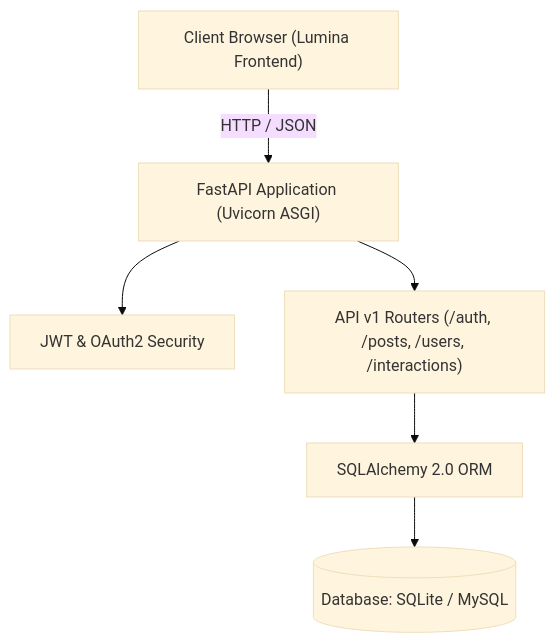
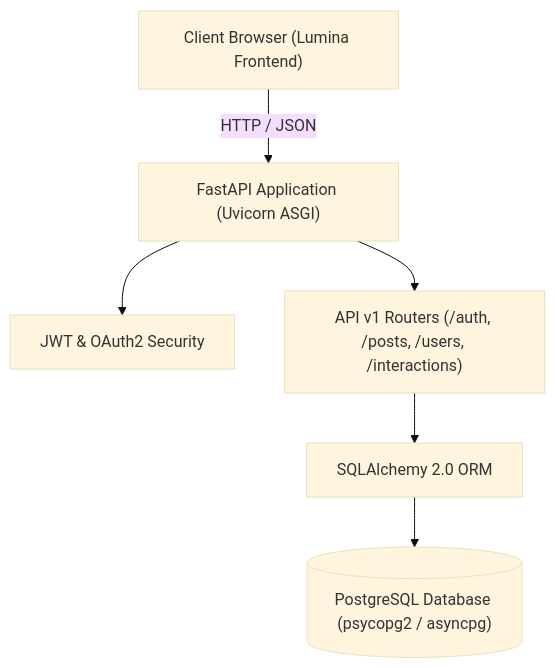
The diagram in README.md (Ali4624/Blog_API), drawn with Mermaid (base theme) before and after one commit. The commit also changed other lines of this file and 2 other files, not shown here.

````diff
--- a/README.md
+++ b/README.md
@@ -28,15 +30,15 @@
 ```mermaid
 graph TD
     Client["Client Browser (Lumina Frontend)"]
     API["FastAPI Application (Uvicorn ASGI)"]
     Auth["JWT & OAuth2 Security"]
     Router["API v1 Routers (/auth, /posts, /users, /interactions)"]
     ORM["SQLAlchemy 2.0 ORM"]
-    DB[("Database: SQLite / MySQL")]
+    DB[("PostgreSQL Database (psycopg2 / asyncpg)")]
 
     Client -->|HTTP / JSON| API
     API --> Auth
     API --> Router
     Router --> ORM
     ORM --> DB
 ```
````
